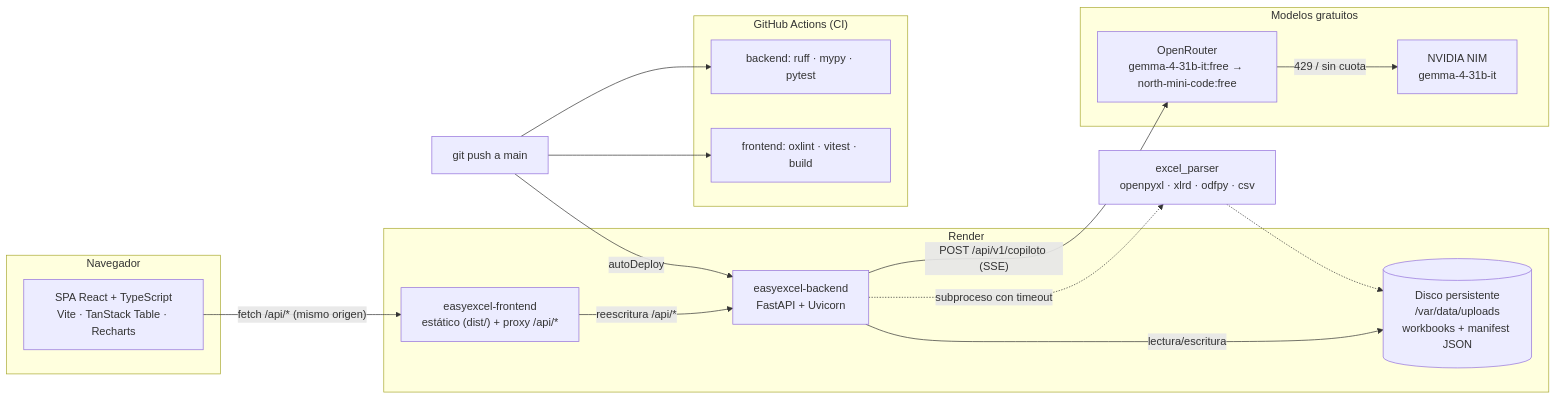
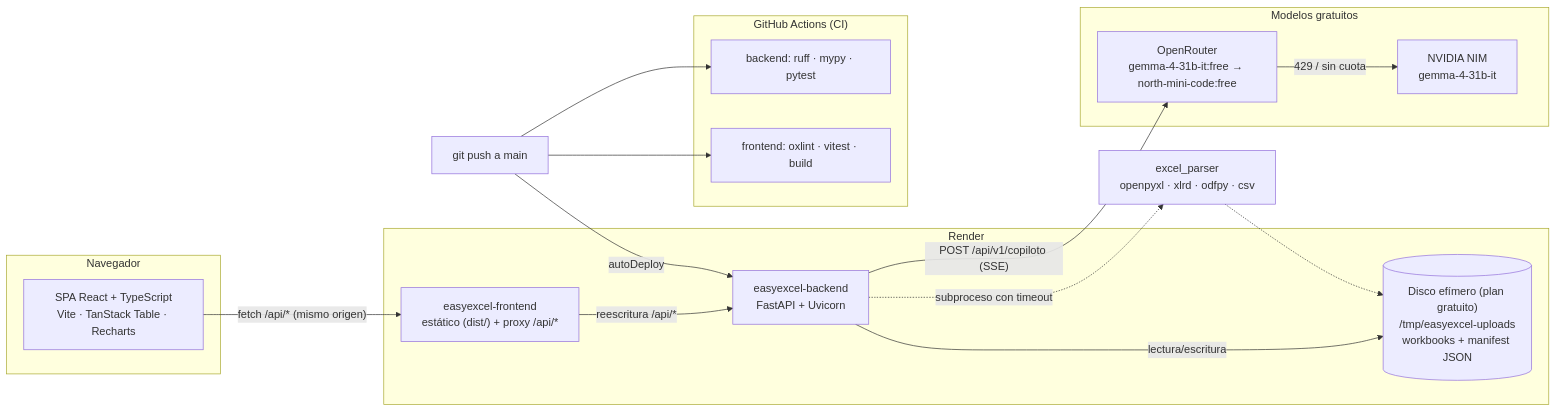
The diagram in ARCHITECTURE.md (kavanasystemsinfo-ui/EasyExcel_Panel), drawn with Mermaid before and after one commit. The commit also changed other lines of this file and 3 other files, not shown here.

Commit message:
chore(render): backend en plan gratuito sin disco persistente (uploads temporales en /tmp)

````diff
--- a/ARCHITECTURE.md
+++ b/ARCHITECTURE.md
@@ -8,33 +8,33 @@
 ```mermaid
 flowchart LR
     subgraph navegador["Navegador"]
         SPA["SPA React + TypeScript<br/>Vite · TanStack Table · Recharts"]
     end
 
     subgraph render["Render"]
         FE["easyexcel-frontend<br/>estático (dist/) + proxy /api/*"]
         BE["easyexcel-backend<br/>FastAPI + Uvicorn"]
-        DISCO[("Disco persistente<br/>/var/data/uploads<br/>workbooks + manifest JSON")]
+        DISCO[("Disco efímero (plan gratuito)<br/>/tmp/easyexcel-uploads<br/>workbooks + manifest JSON")]
     end
 
     subgraph externos["Modelos gratuitos"]
         OR["OpenRouter<br/>gemma-4-31b-it:free → north-mini-code:free"]
         NV["NVIDIA NIM<br/>gemma-4-31b-it"]
     end
 
     subgraph ci["GitHub Actions (CI)"]
         JOB1["backend: ruff · mypy · pytest"]
         JOB2["frontend: oxlint · vitest · build"]
     end
 
     SPA -- "fetch /api/* (mismo origen)" --> FE
     FE -- "reescritura /api/*" --> BE
     BE -- "lectura/escritura" --> DISCO
     BE -- "POST /api/v1/copiloto (SSE)" --> OR
     OR -- "429 / sin cuota" --> NV
     BE -. "subproceso con timeout" .-> PARSER["excel_parser<br/>openpyxl · xlrd · odfpy · csv"]
     PARSER -.-> DISCO
     push["git push a main"] --> JOB1
     push --> JOB2
     push -- "autoDeploy" --> BE
 ```
````
